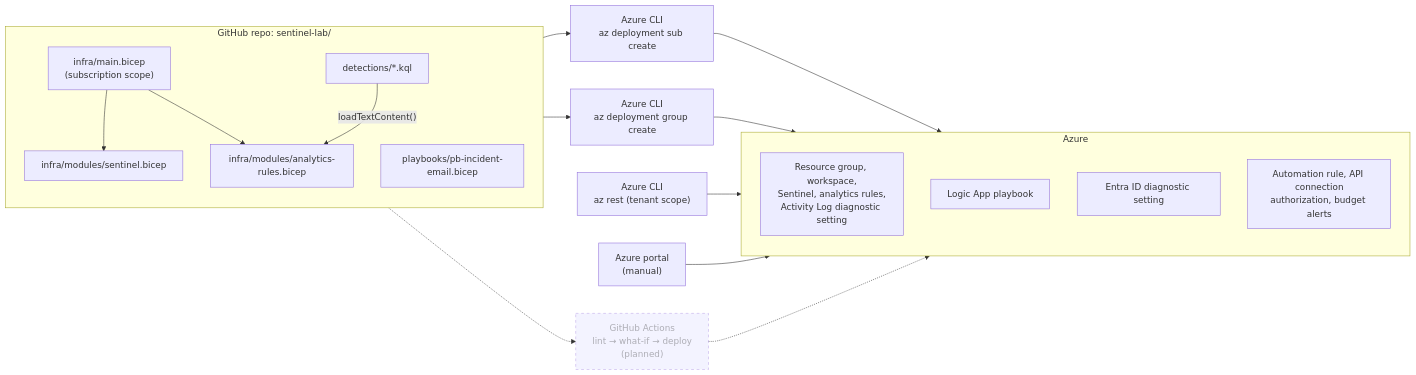
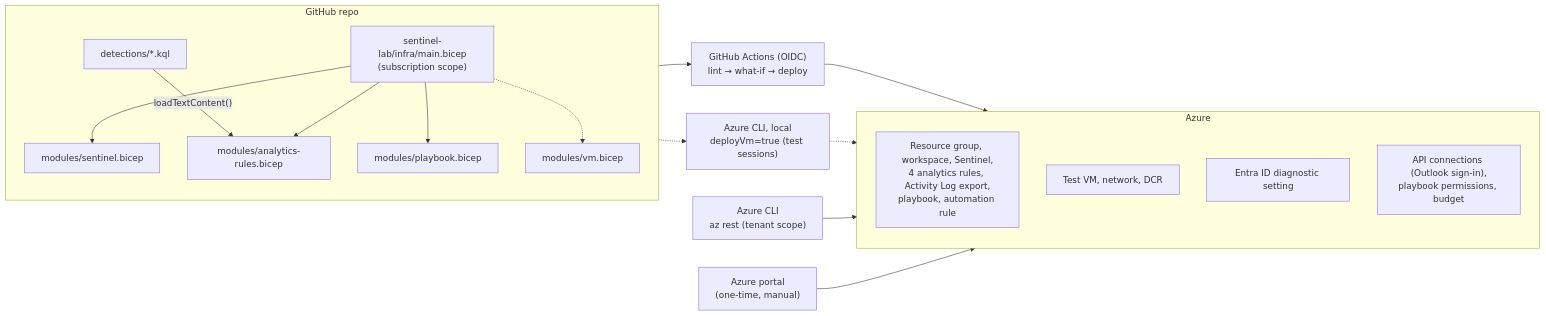
The second of 2 diagrams in sentinel-lab/docs/architecture.md (Vasitmg/azure-cloud-portfolio), drawn with Mermaid before and after one commit. The commit also changed other lines of this file and 2 other files, not shown here.

Commit message:
Update architecture docs, README structure and add MIT license
- docs/architecture.md: reflect the current lab (test VM and SecurityEvent
  live, 4 analytics rules incl. T1110, GitHub Actions with OIDC deploys the
  playbook and automation rule, no more playbooks/ folder)
- README: repository structure lists the diagram generator, icons and
  architecture.md
- LICENSE: MIT for the repo's own code; third-party icons and map data keep
  their own terms

Claude-Session: https://claude.ai/code/session_01PyjRoni27EgxGSRVMYtRNm

````diff
--- a/sentinel-lab/docs/architecture.md
+++ b/sentinel-lab/docs/architecture.md
@@ -71,36 +72,35 @@
 ```mermaid
 flowchart LR
-    subgraph REPO["GitHub repo: sentinel-lab/"]
+    subgraph REPO["GitHub repo"]
         direction TB
-        MAIN["infra/main.bicep<br/>(subscription scope)"]
-        MOD1["infra/modules/sentinel.bicep"]
-        MOD2["infra/modules/analytics-rules.bicep"]
+        MAIN["sentinel-lab/infra/main.bicep<br/>(subscription scope)"]
+        MOD1["modules/sentinel.bicep"]
+        MOD2["modules/analytics-rules.bicep"]
+        MOD3["modules/playbook.bicep"]
+        MOD4["modules/vm.bicep"]
         KQL["detections/*.kql"]
-        PBB["playbooks/pb-incident-email.bicep"]
         MAIN --> MOD1
         MAIN --> MOD2
+        MAIN --> MOD3
+        MAIN -.-> MOD4
         KQL -- "loadTextContent()" --> MOD2
     end
 
-    CLI["Azure CLI<br/>az deployment sub create"]
-    CLIRG["Azure CLI<br/>az deployment group create"]
+    GHA["GitHub Actions (OIDC)<br/>lint → what-if → deploy"]
+    LOCAL["Azure CLI, local<br/>deployVm=true (test sessions)"]
     REST["Azure CLI<br/>az rest (tenant scope)"]
-    PORTAL["Azure portal<br/>(manual)"]
-    GHA["GitHub Actions<br/>lint → what-if → deploy<br/>(planned)"]:::planned
+    PORTAL["Azure portal<br/>(one-time, manual)"]
 
     subgraph AZ["Azure"]
         direction TB
-        A1["Resource group, workspace,<br/>Sentinel, analytics rules,<br/>Activity Log diagnostic setting"]
-        A2["Logic App playbook"]
+        A1["Resource group, workspace, Sentinel,<br/>4 analytics rules, Activity Log export,<br/>playbook, automation rule"]
+        A2["Test VM, network, DCR"]
         A3["Entra ID diagnostic setting"]
-        A4["Automation rule, API connection<br/>authorization, budget alerts"]
+        A4["API connections (Outlook sign-in),<br/>playbook permissions, budget"]
     end
 
-    MAIN --> CLI --> A1
-    PBB --> CLIRG --> A2
+    REPO --> GHA --> A1
+    REPO -.-> LOCAL -.-> A2
     REST --> A3
     PORTAL --> A4
-    REPO -.-> GHA -.-> A1
-
-    classDef planned stroke-dasharray: 5 5,opacity:0.6
 ```
````
